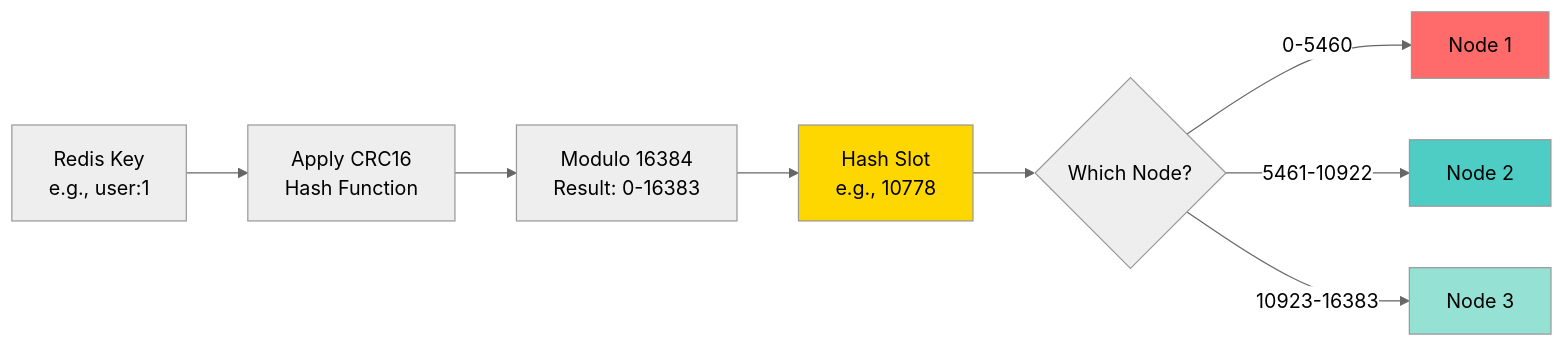
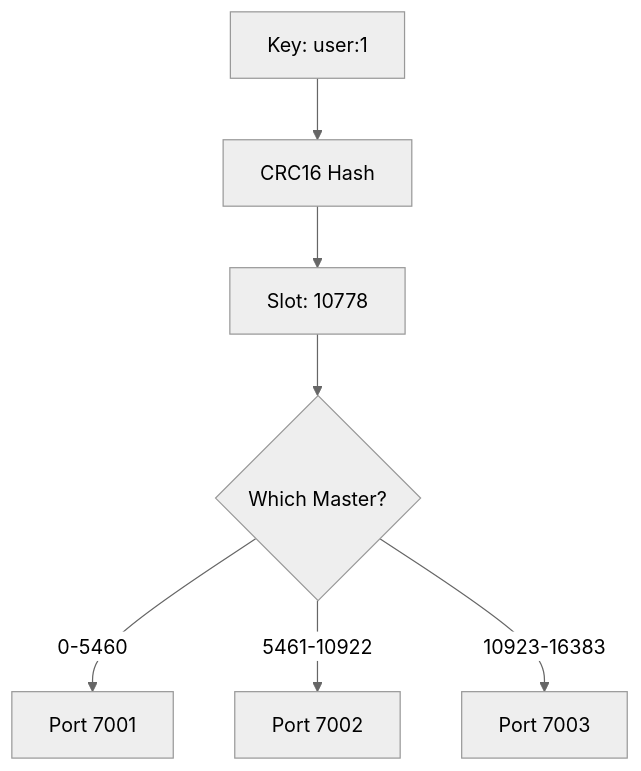
The third of 5 diagrams in SYSTEM_DESIGN.md (Ali2l/DatabaseProject), drawn with Mermaid (neutral theme) before and after one commit. The commit also changed other lines of this file and 13 other files, not shown here.

````diff
--- a/SYSTEM_DESIGN.md
+++ b/SYSTEM_DESIGN.md
@@ -99,16 +54,9 @@
 ```mermaid
-flowchart LR
-    Key[Redis Key<br/>e.g., user:1] --> CRC16[Apply CRC16<br/>Hash Function]
-    CRC16 --> Modulo[Modulo 16384<br/>Result: 0-16383]
-    Modulo --> Slot[Hash Slot<br/>e.g., 10778]
-    
-    Slot --> Check{Which Node?}
-    Check -->|0-5460| Node1[Node 1]
-    Check -->|5461-10922| Node2[Node 2]
-    Check -->|10923-16383| Node3[Node 3]
-    
-    style Slot fill:#FFD700
-    style Node1 fill:#FF6B6B
-    style Node2 fill:#4ECDC4
-    style Node3 fill:#95E1D3
+flowchart TD
+    Key[Key: user:1] --> CRC[CRC16 Hash]
+    CRC --> Slot[Slot: 10778]
+    Slot --> Check{Which Master?}
+    Check -->|0-5460| P7001[Port 7001]
+    Check -->|5461-10922| P7002[Port 7002]
+    Check -->|10923-16383| P7003[Port 7003]
 ```
````
